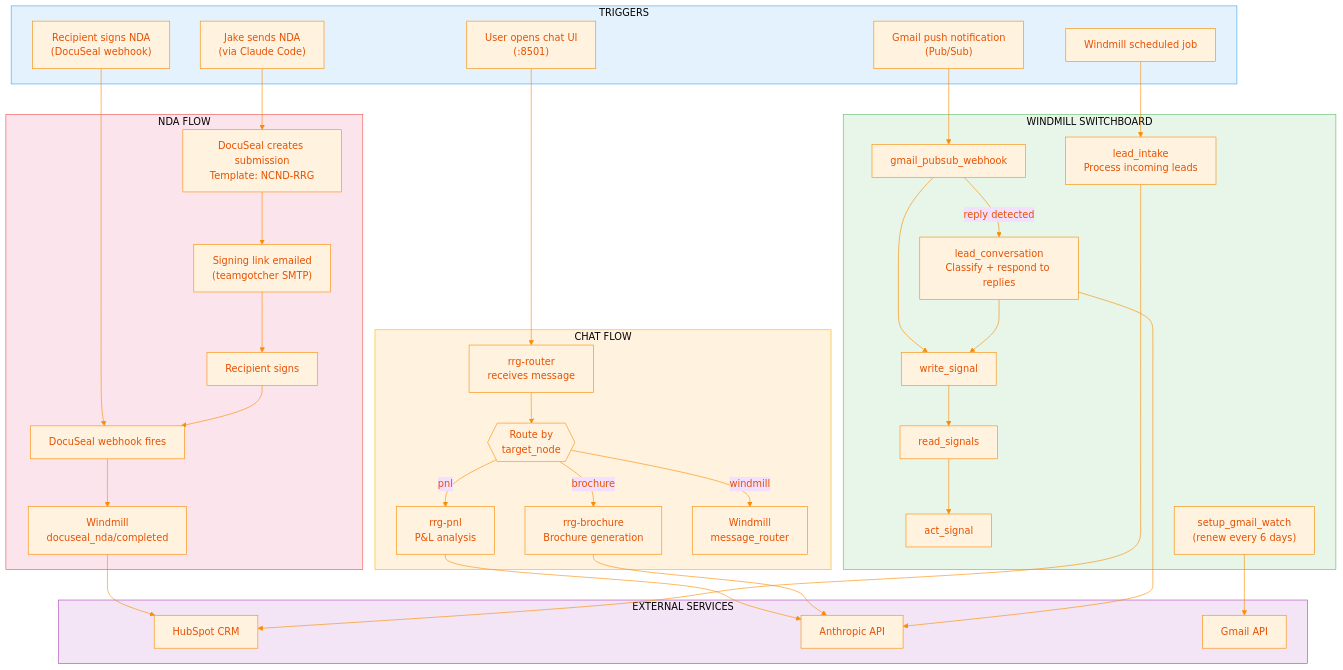
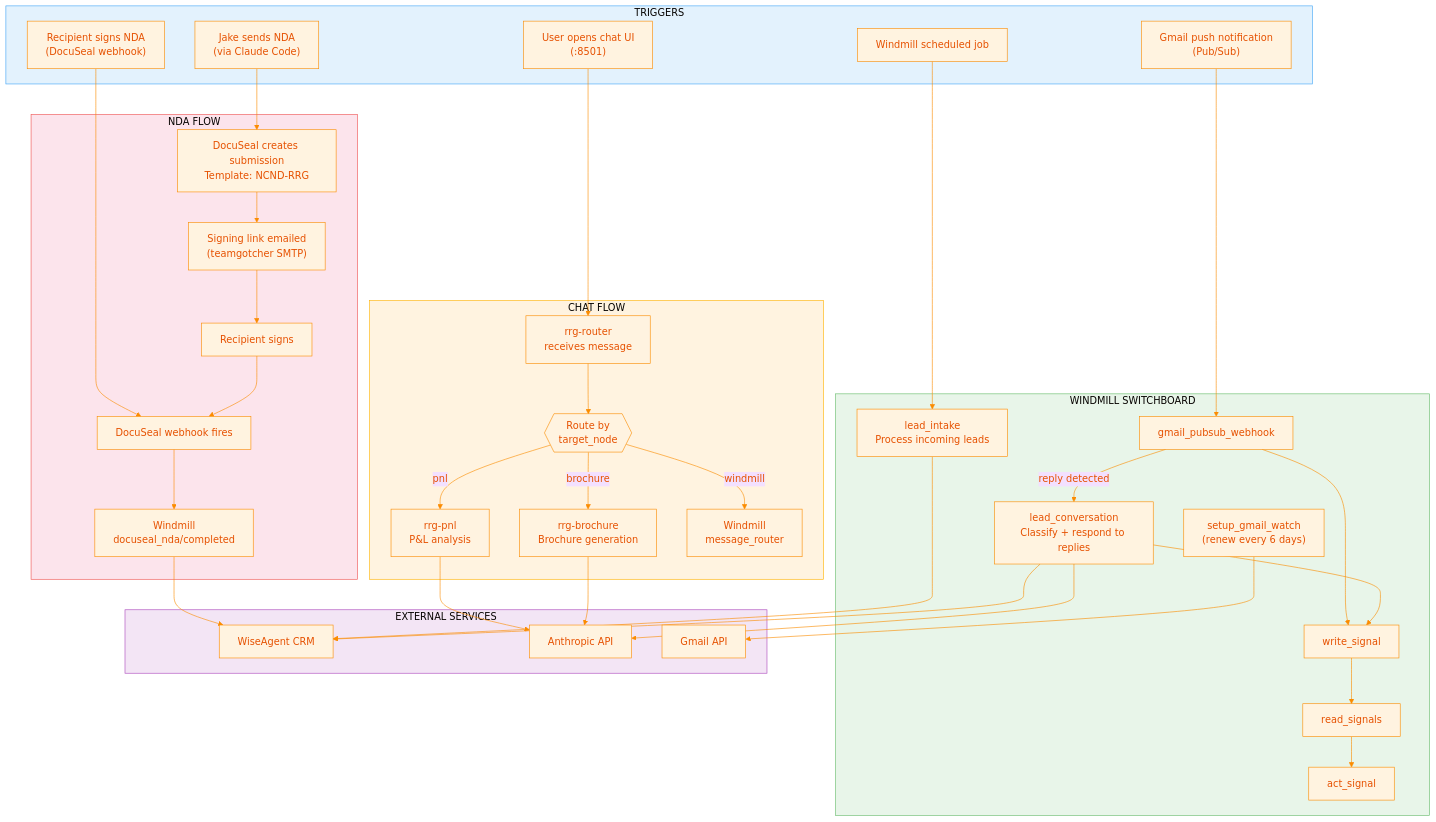
The third of 5 diagrams in docs/ARCHITECTURE.md (BeastofOne/rrg-server), drawn with Mermaid before and after one commit. The commit also changed other lines of this file and 12 other files, not shown here.

First line of the commit message:
Remove n8n references, fix HubSpot→WiseAgent in diagrams, delete outdated files

````diff
--- a/docs/ARCHITECTURE.md
+++ b/docs/ARCHITECTURE.md
@@ -154,78 +159,79 @@
 ```mermaid
 %%{init: {'theme': 'base', 'themeVariables': { 'primaryColor': '#fff3e0', 'primaryTextColor': '#e65100', 'primaryBorderColor': '#fb8c00', 'lineColor': '#fb8c00'}}}%%
 
 graph TB
     subgraph TRIGGERS["TRIGGERS"]
         T_CHAT["User opens chat UI<br/>(:8501)"]
         T_NDA["Jake sends NDA<br/>(via Claude Code)"]
         T_SIGN["Recipient signs NDA<br/>(DocuSeal webhook)"]
         T_SCHED["Windmill scheduled job"]
         T_GMAIL["Gmail push notification<br/>(Pub/Sub)"]
     end
 
     subgraph CHAT_FLOW["CHAT FLOW"]
         ROUTER["rrg-router<br/>receives message"]
         ROUTE{{"Route by<br/>target_node"}}
         PNL["rrg-pnl<br/>P&L analysis"]
         BROCHURE["rrg-brochure<br/>Brochure generation"]
         WM_MSG["Windmill<br/>message_router"]
     end
 
     subgraph NDA_FLOW["NDA FLOW"]
         DS_CREATE["DocuSeal creates submission<br/>Template: NCND-RRG"]
         DS_EMAIL["Signing link emailed<br/>(teamgotcher SMTP)"]
         DS_SIGN["Recipient signs"]
         DS_HOOK["DocuSeal webhook fires"]
         DS_HANDLER["Windmill<br/>docuseal_nda/completed"]
     end
 
     subgraph SWITCHBOARD["WINDMILL SWITCHBOARD"]
         LEAD["lead_intake<br/>Process incoming leads"]
         CONV["lead_conversation<br/>Classify + respond to replies"]
         SIG_W["write_signal"]
         SIG_R["read_signals"]
         SIG_A["act_signal"]
         GMAIL_WH["gmail_pubsub_webhook"]
         GMAIL_WATCH["setup_gmail_watch<br/>(renew every 6 days)"]
     end
 
     subgraph EXTERNAL["EXTERNAL SERVICES"]
-        HUBSPOT["HubSpot CRM"]
+        WISEAGENT["WiseAgent CRM"]
         CLAUDE["Anthropic API"]
         GMAIL_API["Gmail API"]
     end
 
     %% Chat flow
     T_CHAT --> ROUTER --> ROUTE
     ROUTE -->|"pnl"| PNL
     ROUTE -->|"brochure"| BROCHURE
     ROUTE -->|"windmill"| WM_MSG
     PNL --> CLAUDE
     BROCHURE --> CLAUDE
 
     %% NDA flow
     T_NDA --> DS_CREATE --> DS_EMAIL --> DS_SIGN
     T_SIGN --> DS_HOOK
     DS_SIGN --> DS_HOOK
-    DS_HOOK --> DS_HANDLER --> HUBSPOT
+    DS_HOOK --> DS_HANDLER --> WISEAGENT
 
     %% Windmill flows
-    T_SCHED --> LEAD --> HUBSPOT
+    T_SCHED --> LEAD --> WISEAGENT
     T_GMAIL --> GMAIL_WH --> SIG_W
     GMAIL_WH -->|"reply detected"| CONV
     CONV --> CLAUDE
+    CONV --> WISEAGENT
     CONV --> SIG_W
 
     %% Signal pipeline
     SIG_W --> SIG_R --> SIG_A
 
     %% Gmail watch
     GMAIL_WATCH --> GMAIL_API
 
     %% Styling
     style TRIGGERS fill:#e3f2fd,stroke:#42a5f5
     style EXTERNAL fill:#f3e5f5,stroke:#ab47bc
     style SWITCHBOARD fill:#e8f5e9,stroke:#66bb6a
     style NDA_FLOW fill:#fce4ec,stroke:#ef5350
     style CHAT_FLOW fill:#fff3e0,stroke:#ffb300
 ```
````
